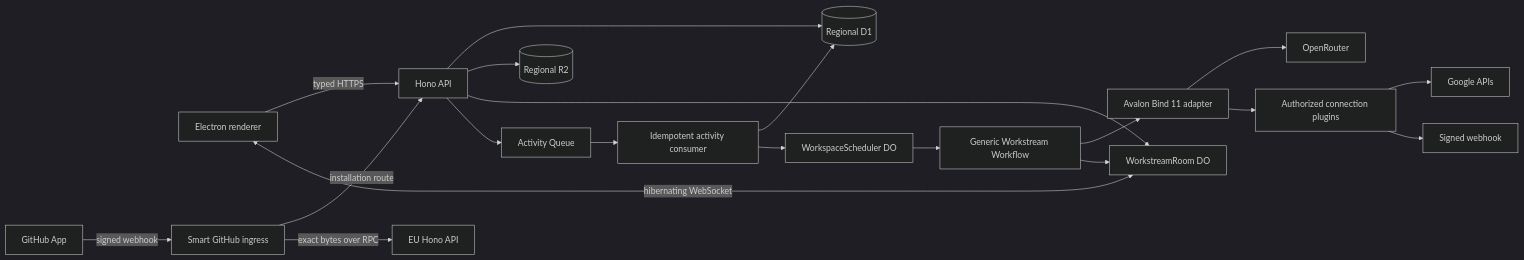
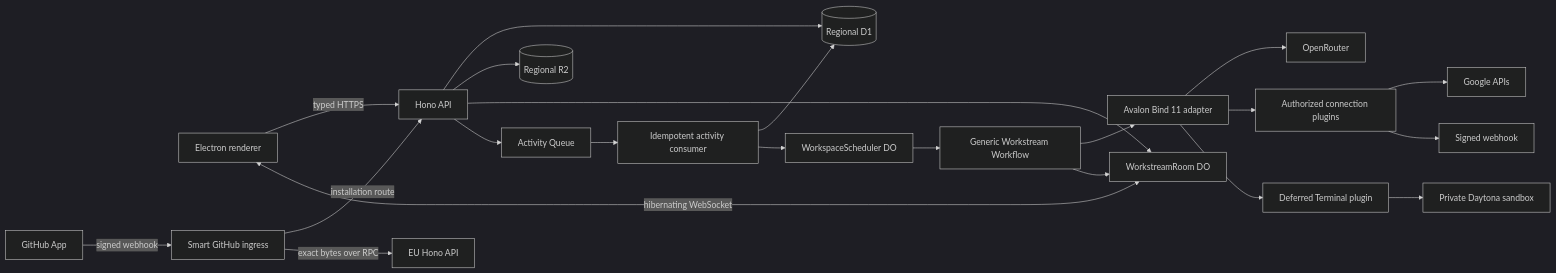
One commit to juno-ai-labs/avalon changed the diagram in docs/architecture.md. Above: the diagram before and after it, drawn with Mermaid (dark theme). The commit also changed other lines of this file and 76 other files, not shown here.

Commit message:
feat: add Daytona terminal workspaces

````diff
--- a/docs/architecture.md
+++ b/docs/architecture.md
@@ -76,22 +77,24 @@
 ```mermaid
 flowchart LR
   E["Electron renderer"] -->|"typed HTTPS"| H["Hono API"]
   E <-->|"hibernating WebSocket"| R["WorkstreamRoom DO"]
   H --> D[("Regional D1")]
   H --> B[("Regional R2")]
   H --> R
   H --> Q["Activity Queue"]
   GH["GitHub App"] -->|"signed webhook"| GI["Smart GitHub ingress"]
   GI -->|"installation route"| H
   GI -->|"exact bytes over RPC"| EH["EU Hono API"]
   Q --> C["Idempotent activity consumer"]
   C --> D
   C --> S["WorkspaceScheduler DO"]
   S --> W["Generic Workstream Workflow"]
   W --> A["Avalon Bind 11 adapter"]
   A --> O["OpenRouter"]
   A --> T["Authorized connection plugins"]
+  A --> X["Deferred Terminal plugin"]
+  X --> DT["Private Daytona sandbox"]
   W --> R
   T --> G["Google APIs"]
   T --> M["Signed webhook"]
 ```
````
